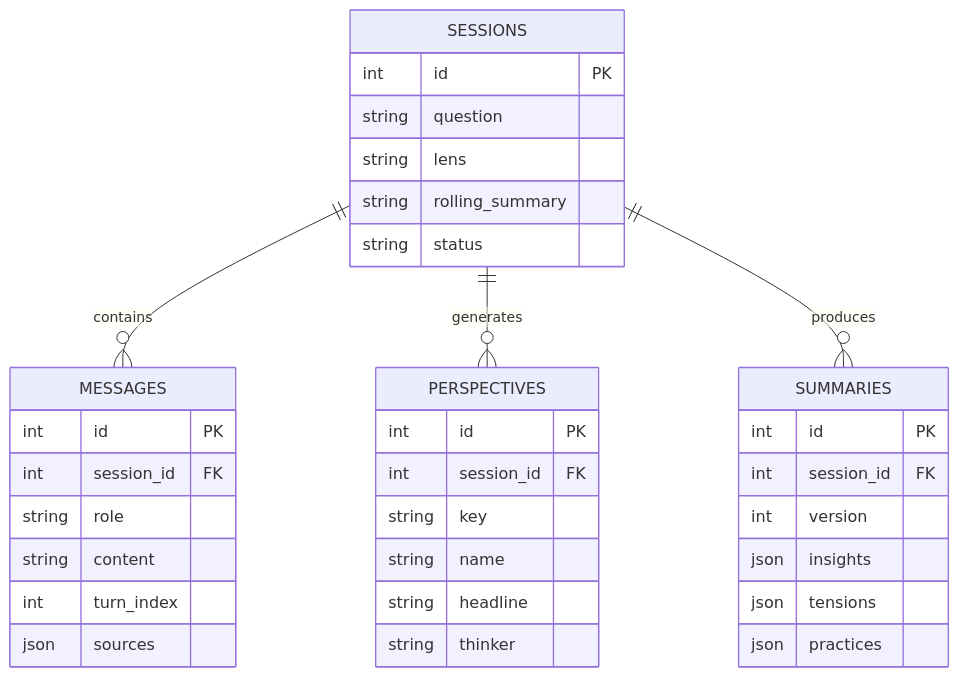
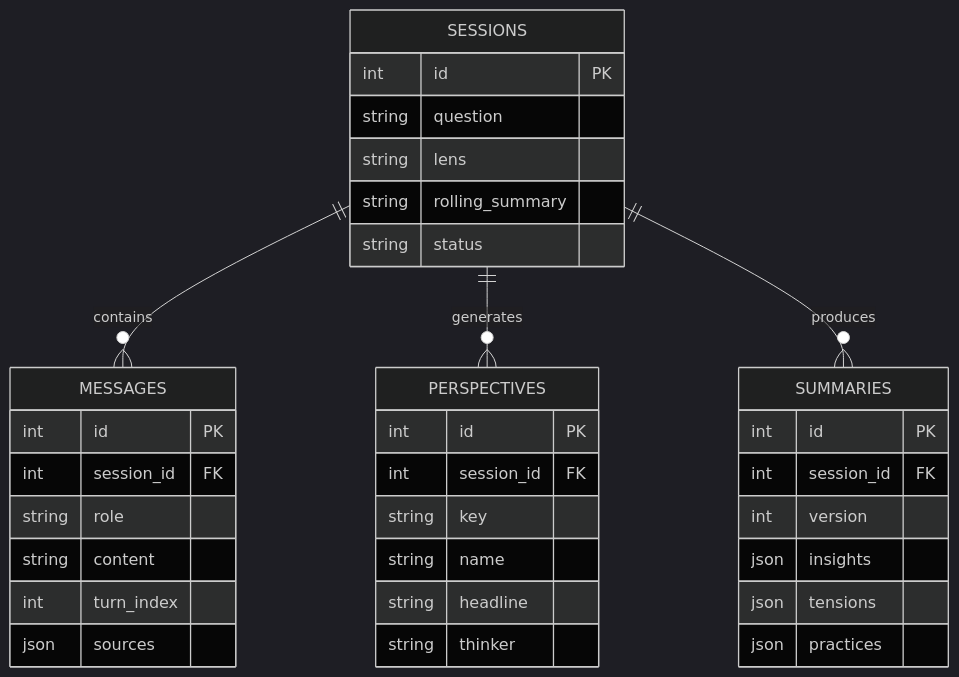
The third of 3 diagrams in docs/slides/slides.md (cuiningran-spec/philosophy-agent), drawn with Mermaid before and after one commit. The commit also changed other lines of this file, not shown here.

````diff
--- a/docs/slides/slides.md
+++ b/docs/slides/slides.md
@@ -208,37 +210,38 @@
-    ```mermaid {scale: 0.55}
-    erDiagram
-        SESSIONS ||--o{ MESSAGES : contains
-        SESSIONS ||--o{ PERSPECTIVES : generates
-        SESSIONS ||--o{ SUMMARIES : produces
-        SESSIONS {
-            int id PK
-            string question
-            string lens
-            string rolling_summary
-            string status
-        }
-        MESSAGES {
-            int id PK
-            int session_id FK
-            string role
-            string content
-            int turn_index
-            json sources
-        }
-        PERSPECTIVES {
-            int id PK
-            int session_id FK
-            string key
-            string name
-            string headline
-            string thinker
-        }
-        SUMMARIES {
-            int id PK
-            int session_id FK
-            int version
-            json insights
-            json tensions
-            json practices
-        }
-    ```
+```mermaid {scale: 0.55}
+%%{init: {'theme': 'dark'}}%%
+erDiagram
+    SESSIONS ||--o{ MESSAGES : contains
+    SESSIONS ||--o{ PERSPECTIVES : generates
+    SESSIONS ||--o{ SUMMARIES : produces
+    SESSIONS {
+        int id PK
+        string question
+        string lens
+        string rolling_summary
+        string status
+    }
+    MESSAGES {
+        int id PK
+        int session_id FK
+        string role
+        string content
+        int turn_index
+        json sources
+    }
+    PERSPECTIVES {
+        int id PK
+        int session_id FK
+        string key
+        string name
+        string headline
+        string thinker
+    }
+    SUMMARIES {
+        int id PK
+        int session_id FK
+        int version
+        json insights
+        json tensions
+        json practices
+    }
+```
````
